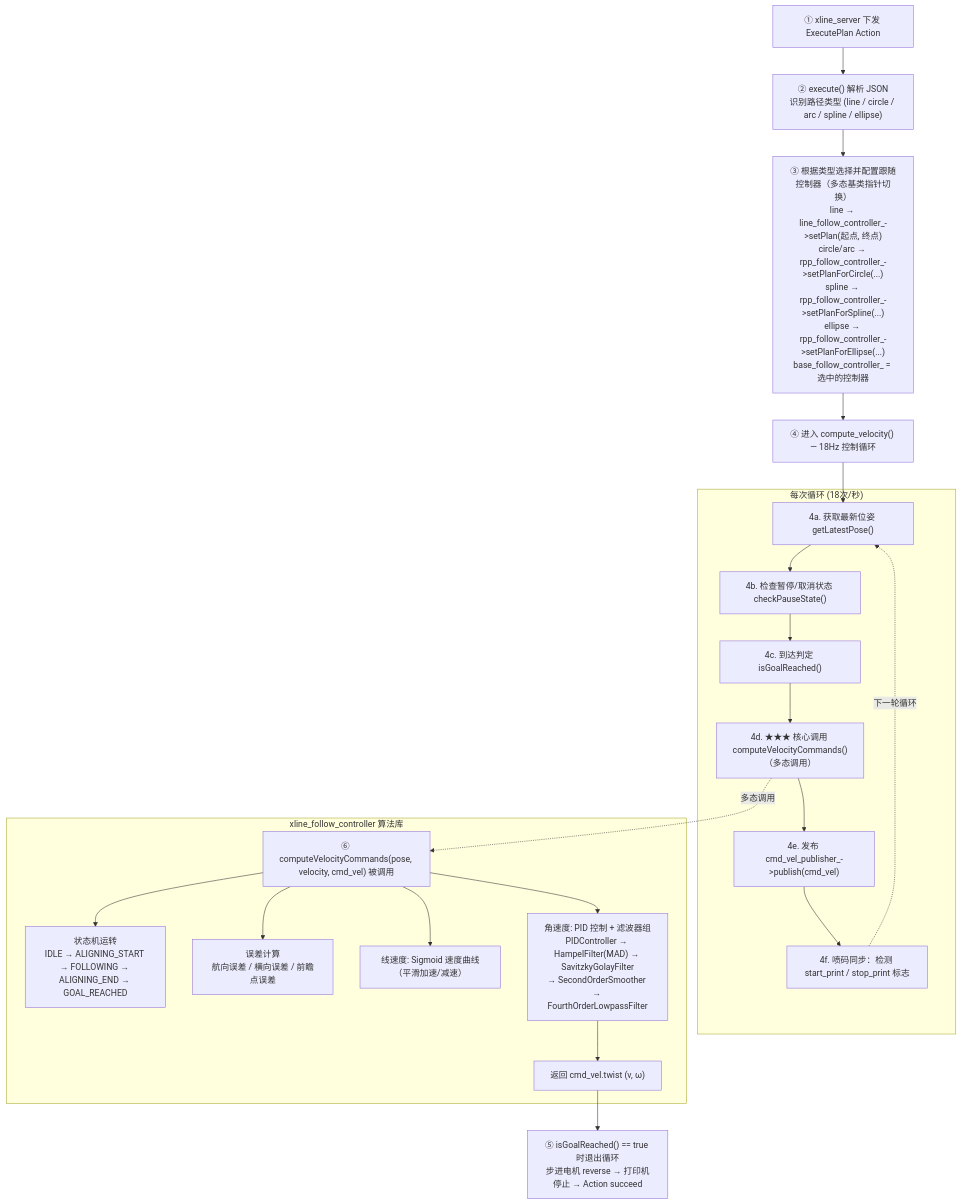
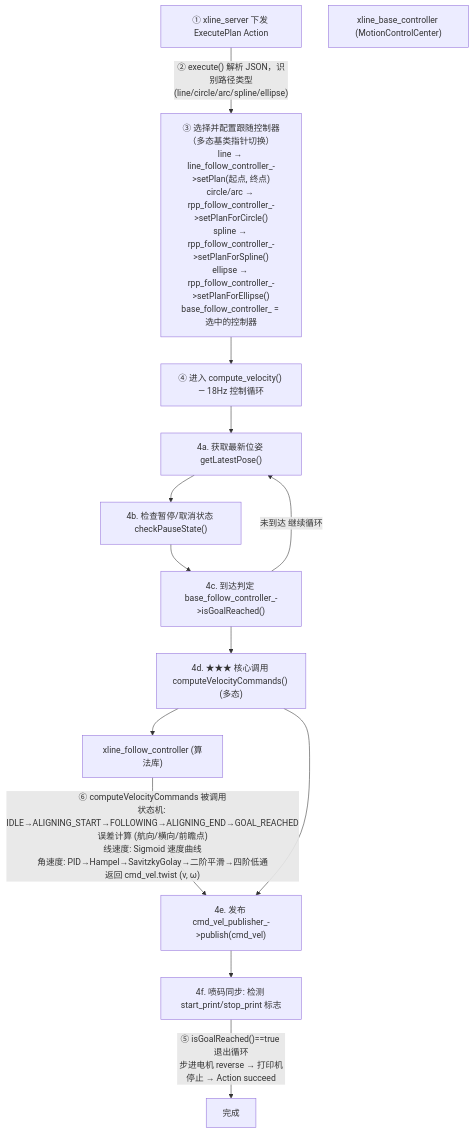
The fourth of 4 diagrams in a_黎伯项目/a__第一版机器相关代码及自述文件/readme/01_系统架构总览.md (monstersjack/obsidian__ubuntu__project), drawn with Mermaid before and after one commit. The commit also changed other lines of this file and 14 other files, not shown here.

````diff
--- a/a_黎伯项目/a__第一版机器相关代码及自述文件/readme/01_系统架构总览.md
+++ b/a_黎伯项目/a__第一版机器相关代码及自述文件/readme/01_系统架构总览.md
@@ -454,36 +555,18 @@
 ```mermaid
 flowchart TD
-    A["① xline_server 下发 ExecutePlan Action"] --> B["② execute() 解析 JSON<br/>识别路径类型 (line / circle / arc / spline / ellipse)"]
-    B --> C["③ 根据类型选择并配置跟随控制器（多态基类指针切换）<br/>line → line_follow_controller_->setPlan(起点, 终点)<br/>circle/arc → rpp_follow_controller_->setPlanForCircle(...)<br/>spline → rpp_follow_controller_->setPlanForSpline(...)<br/>ellipse → rpp_follow_controller_->setPlanForEllipse(...)<br/>base_follow_controller_ = 选中的控制器"]
-    C --> D["④ 进入 compute_velocity() — 18Hz 控制循环"]
-
-    subgraph LOOP["每次循环 (18次/秒)"]
-        D1["4a. 获取最新位姿 getLatestPose()"]
-        D2["4b. 检查暂停/取消状态 checkPauseState()"]
-        D3["4c. 到达判定 isGoalReached()"]
-        D4["4d. ★★★ 核心调用 computeVelocityCommands()（多态调用）"]
-        D5["4e. 发布 cmd_vel_publisher_->publish(cmd_vel)"]
-        D6["4f. 喷码同步：检测 start_print / stop_print 标志"]
-    end
-    D --> D1
-    D1 --> D2 --> D3 --> D4 --> D5 --> D6
-    D6 -. 下一轮循环 .-> D1
-
-    D4 -. 多态调用 .-> F
-
-    subgraph ALGO["xline_follow_controller 算法库"]
-        F["⑥ computeVelocityCommands(pose, velocity, cmd_vel) 被调用"]
-        F1["状态机运转<br/>IDLE → ALIGNING_START → FOLLOWING → ALIGNING_END → GOAL_REACHED"]
-        F2["误差计算<br/>航向误差 / 横向误差 / 前瞻点误差"]
-        F3["线速度: Sigmoid 速度曲线（平滑加速/减速）"]
-        F4["角速度: PID 控制 + 滤波器组<br/>PIDController → HampelFilter(MAD) → SavitzkyGolayFilter<br/>→ SecondOrderSmoother → FourthOrderLowpassFilter"]
-        F5["返回 cmd_vel.twist (v, ω)"]
-    end
-    F --> F1
-    F --> F2
-    F --> F3
-    F --> F4
-    F4 --> F5
-
-    F5 --> E["⑤ isGoalReached() == true 时退出循环<br/>步进电机 reverse → 打印机停止 → Action succeed"]
+    A["① xline_server 下发 ExecutePlan Action"]
+    B["xline_base_controller (MotionControlCenter)"]
+    C["xline_follow_controller (算法库)"]
+    A -->|"② execute() 解析 JSON，识别路径类型<br/>(line/circle/arc/spline/ellipse)"| D["③ 选择并配置跟随控制器（多态基类指针切换）<br/>line → line_follow_controller_->setPlan(起点, 终点)<br/>circle/arc → rpp_follow_controller_->setPlanForCircle()<br/>spline → rpp_follow_controller_->setPlanForSpline()<br/>ellipse → rpp_follow_controller_->setPlanForEllipse()<br/>base_follow_controller_ = 选中的控制器"]
+    D --> E["④ 进入 compute_velocity() — 18Hz 控制循环"]
+    E --> E1["4a. 获取最新位姿 getLatestPose()"]
+    E1 --> E2["4b. 检查暂停/取消状态 checkPauseState()"]
+    E2 --> E3["4c. 到达判定 base_follow_controller_->isGoalReached()"]
+    E3 -->|"未到达 继续循环"| E1
+    E3 --> E4["4d. ★★★ 核心调用 computeVelocityCommands() (多态)"]
+    E4 --> C
+    C -->|"⑥ computeVelocityCommands 被调用<br/>状态机: IDLE→ALIGNING_START→FOLLOWING→ALIGNING_END→GOAL_REACHED<br/>误差计算 (航向/横向/前瞻点)<br/>线速度: Sigmoid 速度曲线<br/>角速度: PID→Hampel→SavitzkyGolay→二阶平滑→四阶低通<br/>返回 cmd_vel.twist (v, ω)"| E5
+    E4 --> E5["4e. 发布 cmd_vel_publisher_->publish(cmd_vel)"]
+    E5 --> E6["4f. 喷码同步: 检测 start_print/stop_print 标志"]
+    E6 -->|"⑤ isGoalReached()==true 退出循环<br/>步进电机 reverse → 打印机停止 → Action succeed"| F["完成"]
 ```
````
